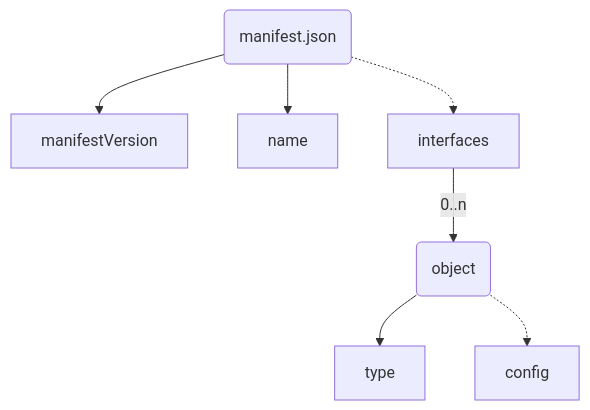
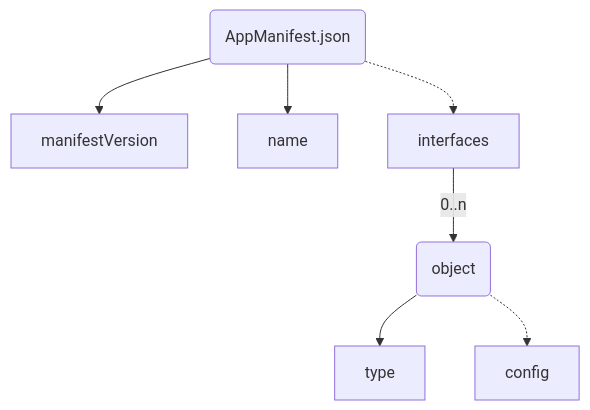
The diagram in content/en/docs/concepts/development_model/vehicle_app_manifest/_index.md (eclipse-velocitas/velocitas-docs), drawn with Mermaid before and after one commit. The commit also changed other lines of this file, not shown here.

````diff
--- a/content/en/docs/concepts/development_model/vehicle_app_manifest/_index.md
+++ b/content/en/docs/concepts/development_model/vehicle_app_manifest/_index.md
@@ -144,13 +145,13 @@
 ```mermaid
 
 graph TD
-    manifest(manifest.json)
+    manifest(AppManifest.json)
     manifest --> manifestVersion[manifestVersion]
     manifest --> name[name]
     manifest -.-> interfaces[interfaces]
 
     interfaces -- "0..n" --> interfaces.item(object)
     interfaces.item --> interfaces.item.type[type]
     interfaces.item -.-> interfaces.item.config[config]
 
 ```
````
